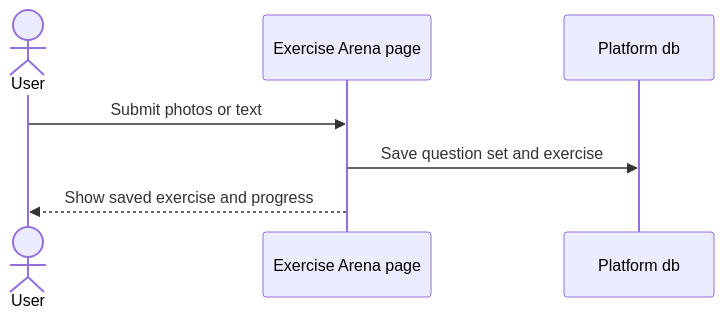
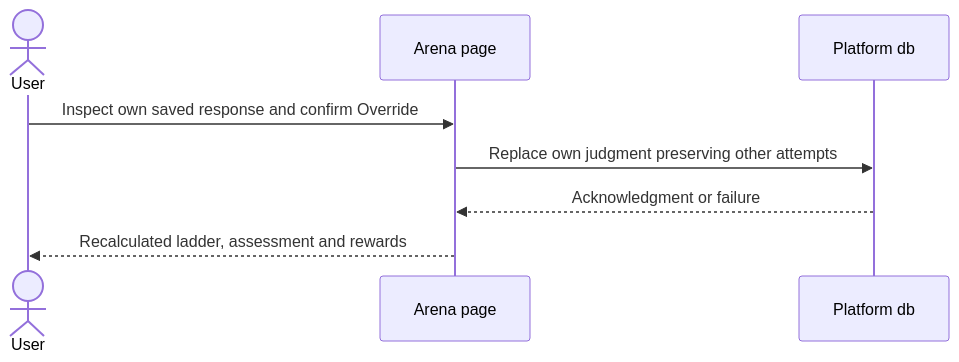
Before and after one commit to lengthlong/exercise_arena: the eighth of 12 diagrams in model/arch/SCENARIO.md, drawn with Mermaid. The commit also changed other lines of this file and 27 other files, not shown here.

````diff
--- a/model/arch/SCENARIO.md
+++ b/model/arch/SCENARIO.md
@@ -8,9 +195,10 @@
 ```mermaid
 sequenceDiagram
     actor U as User
-    participant P as Exercise Arena page
+    participant P as Arena page
     participant D as Platform db
-    U->>P: Submit photos or text
-    P->>D: Save question set and exercise
-    P-->>U: Show saved exercise and progress
+    U->>P: Inspect own saved response and confirm Override
+    P->>D: Replace own judgment preserving other attempts
+    D-->>P: Acknowledgment or failure
+    P-->>U: Recalculated ladder, assessment and rewards
 ```
````
